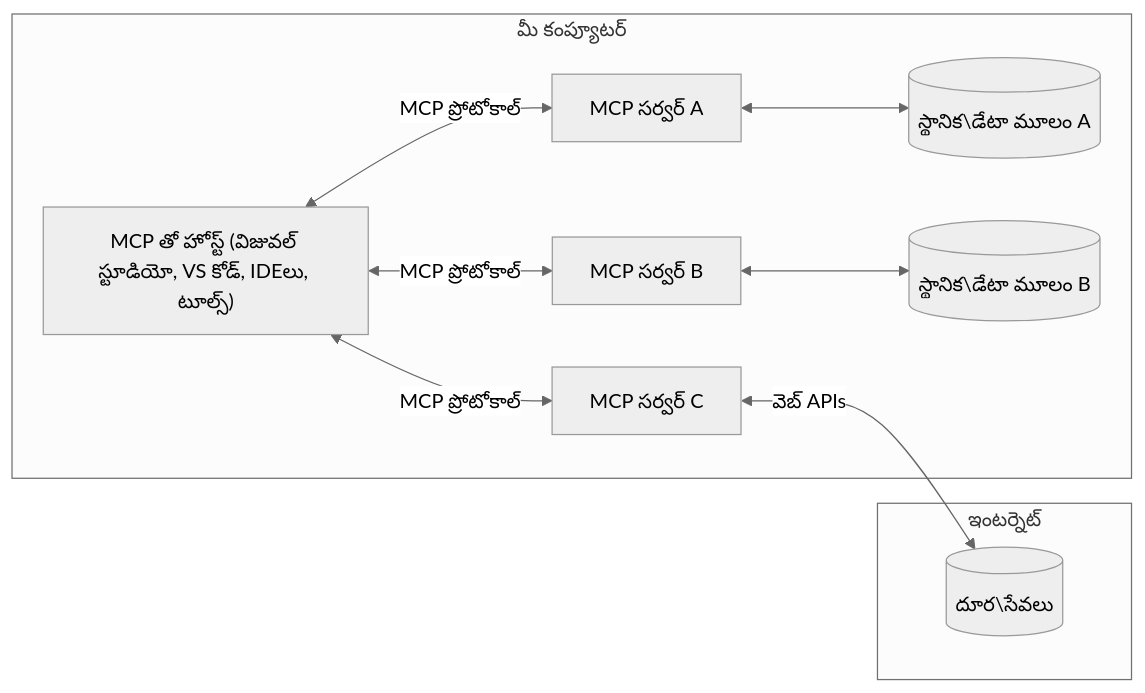
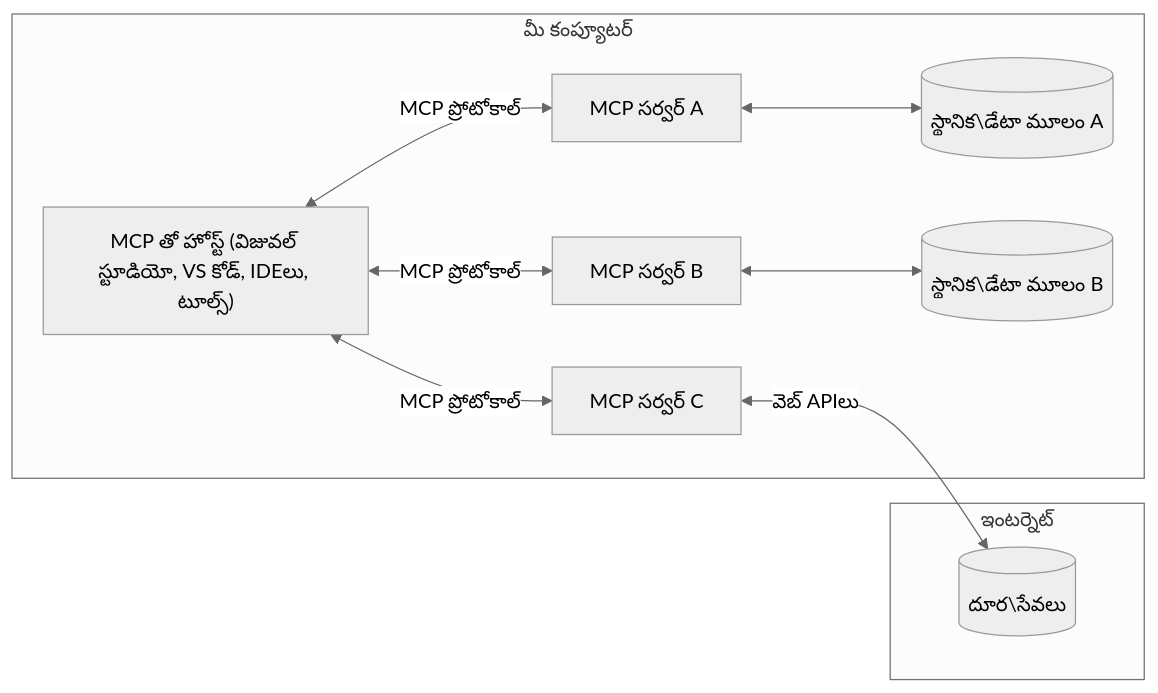
The diagram in translations/te/01-CoreConcepts/README.md (microsoft/mcp-for-beginners), drawn with Mermaid (neutral theme) before and after one commit. The commit also changed other lines of this file and 99 other files, not shown here.

````diff
--- a/translations/te/01-CoreConcepts/README.md
+++ b/translations/te/01-CoreConcepts/README.md
@@ -54,17 +54,17 @@
 ```mermaid
 flowchart LR
     subgraph "మీ కంప్యూటర్"
         Host["MCP తో హోస్ట్ (విజువల్ స్టూడియో, VS కోడ్, IDEలు, టూల్స్)"]
         S1["MCP సర్వర్ A"]
         S2["MCP సర్వర్ B"]
         S3["MCP సర్వర్ C"]
         Host <-->|"MCP ప్రోటోకాల్"| S1
         Host <-->|"MCP ప్రోటోకాల్"| S2
         Host <-->|"MCP ప్రోటోకాల్"| S3
         S1 <--> D1[("స్థానిక\డేటా మూలం A")]
         S2 <--> D2[("స్థానిక\డేటా మూలం B")]
     end
     subgraph "ఇంటర్నెట్"
-        S3 <-->|"వెబ్ APIs"| D3[("దూర\సేవలు")]
+        S3 <-->|"వెబ్ APIలు"| D3[("దూర\సేవలు")]
     end
 ```
````
